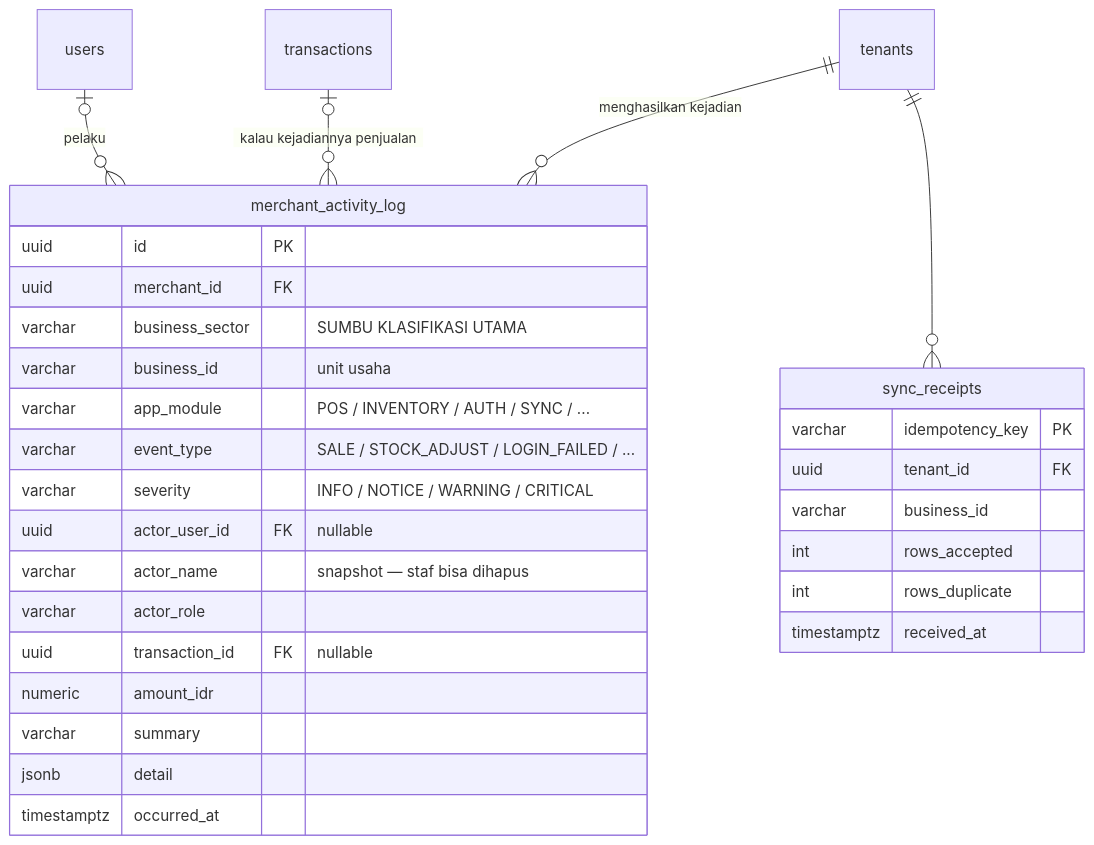
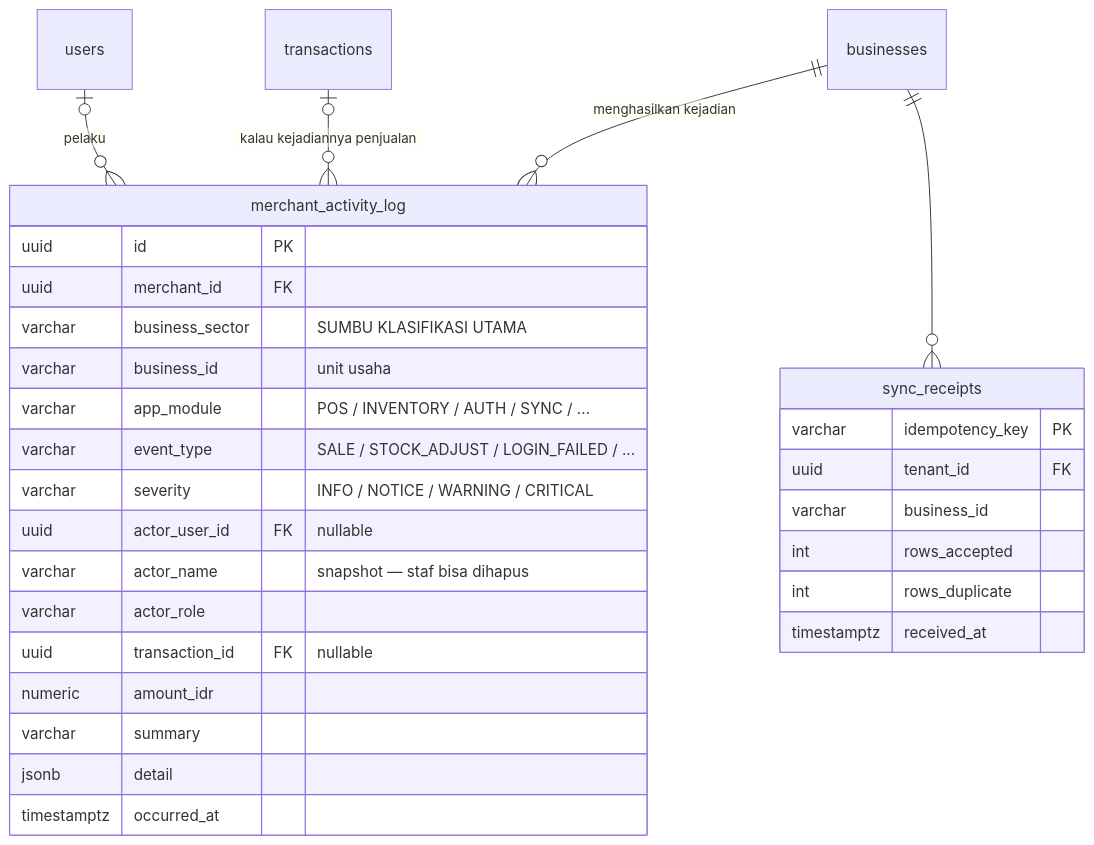
The fifth of 8 diagrams in docs/erd.md (slaks37/kasir-newhope), drawn with Mermaid before and after one commit. The commit also changed other lines of this file and 5 other files, not shown here.

First line of the commit message:
Dokumentasi aliran data, ERD yang sudah tidak sesuai, dan koreksi 0029

````diff
--- a/docs/erd.md
+++ b/docs/erd.md
@@ -363,33 +372,33 @@
 ```mermaid
 erDiagram
-    tenants ||--o{ merchant_activity_log : "menghasilkan kejadian"
-    tenants ||--o{ sync_receipts         : ""
+    businesses ||--o{ merchant_activity_log : "menghasilkan kejadian"
+    businesses ||--o{ sync_receipts         : ""
     transactions |o--o{ merchant_activity_log : "kalau kejadiannya penjualan"
     users        |o--o{ merchant_activity_log : "pelaku"
 
     merchant_activity_log {
         uuid id PK
         uuid merchant_id FK
         varchar business_sector "SUMBU KLASIFIKASI UTAMA"
         varchar business_id "unit usaha"
         varchar app_module "POS / INVENTORY / AUTH / SYNC / ..."
         varchar event_type "SALE / STOCK_ADJUST / LOGIN_FAILED / ..."
         varchar severity "INFO / NOTICE / WARNING / CRITICAL"
         uuid actor_user_id FK "nullable"
         varchar actor_name "snapshot — staf bisa dihapus"
         varchar actor_role
         uuid transaction_id FK "nullable"
         numeric amount_idr
         varchar summary
         jsonb detail
         timestamptz occurred_at
     }
     sync_receipts {
         varchar idempotency_key PK
         uuid tenant_id FK
         varchar business_id
         int rows_accepted
         int rows_duplicate
         timestamptz received_at
     }
 ```
````
